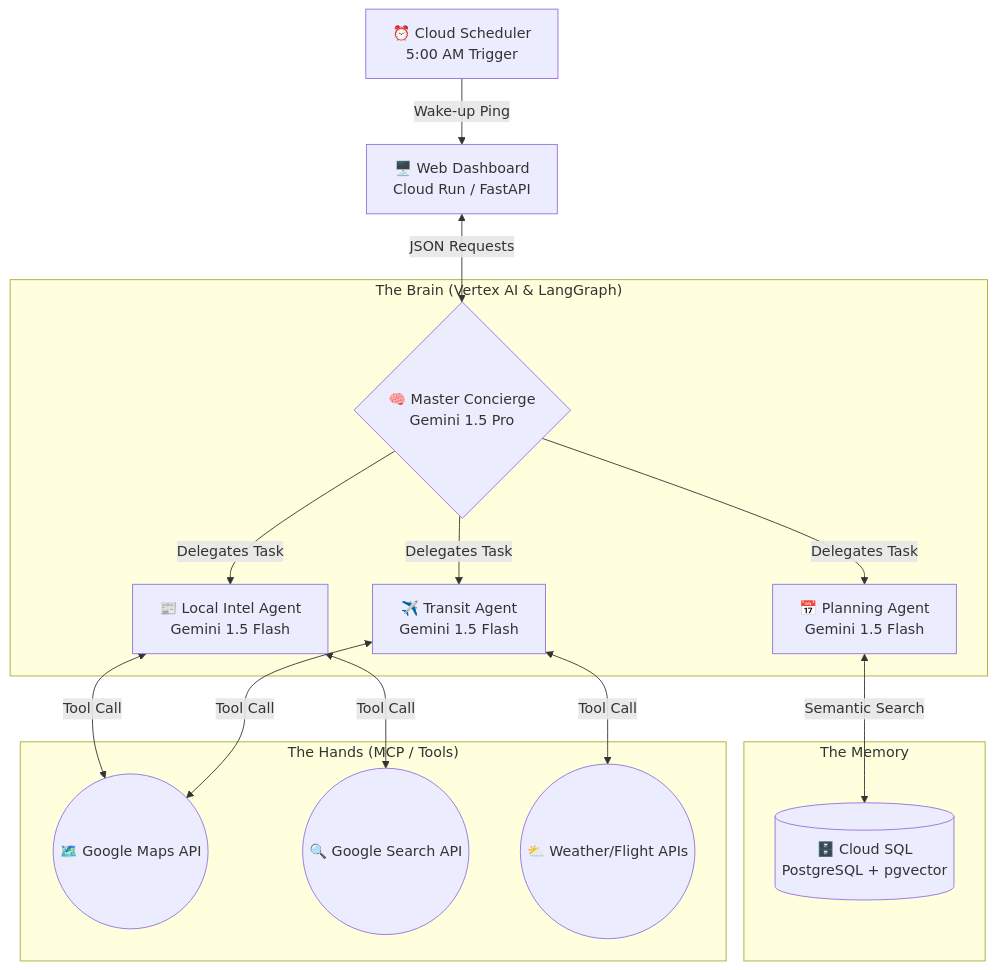
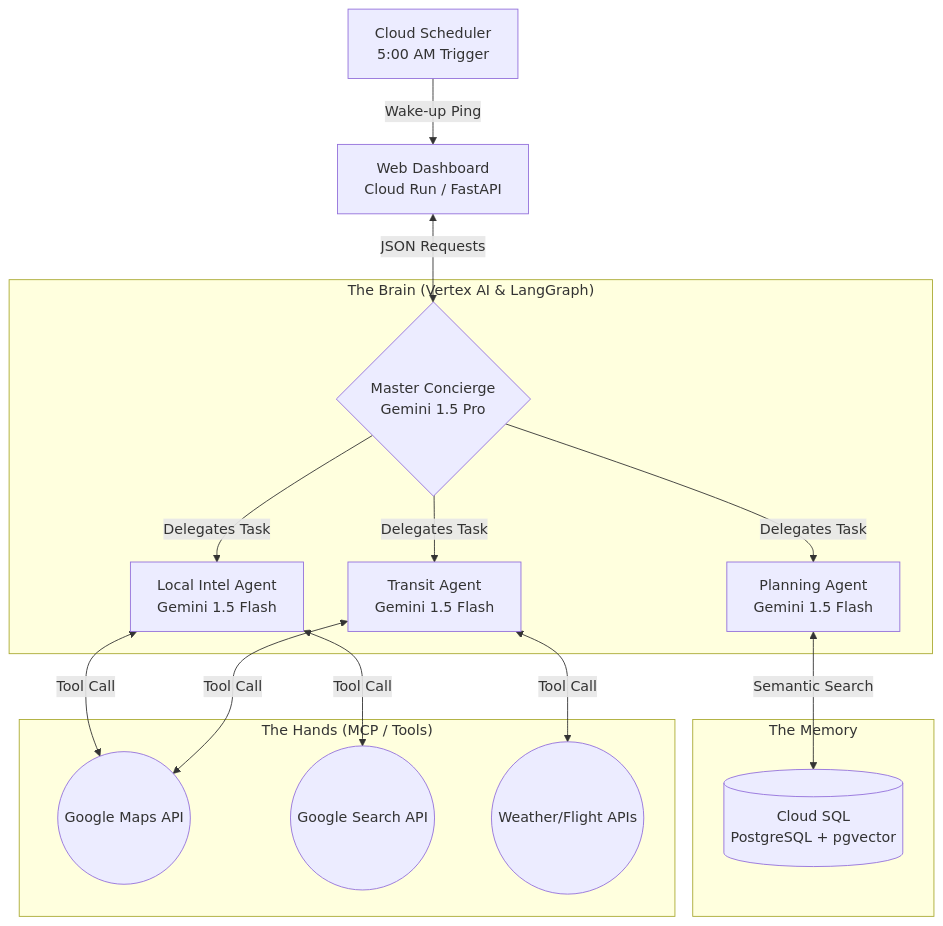
Before and after one commit to RahulSelvakumar/TravellerPie: the diagram in README.md, drawn with Mermaid. The commit also changed other lines of this file, not shown here.

Commit message:
Refactor README.md for improved readability
Updated formatting and structure of the README.md for clarity.

````diff
--- a/README.md
+++ b/README.md
@@ -16,39 +16,39 @@
 ```mermaid
 graph TD
     %% Define Nodes
-    UI[🖥️ Web Dashboard <br/> Cloud Run / FastAPI]
-    Cron[⏰ Cloud Scheduler <br/> 5:00 AM Trigger]
+    UI[Web Dashboard <br/> Cloud Run / FastAPI]
+    Cron[Cloud Scheduler <br/> 5:00 AM Trigger]
     
     subgraph "The Brain (Vertex AI & LangGraph)"
-        Orchestrator{🧠 Master Concierge <br/> Gemini 1.5 Pro}
-        Transit[✈️ Transit Agent <br/> Gemini 1.5 Flash]
-        Planning[📅 Planning Agent <br/> Gemini 1.5 Flash]
-        Intel[📰 Local Intel Agent <br/> Gemini 1.5 Flash]
+        Orchestrator{Master Concierge <br/> Gemini 1.5 Pro}
+        Transit[Transit Agent <br/> Gemini 1.5 Flash]
+        Planning[Planning Agent <br/> Gemini 1.5 Flash]
+        Intel[Local Intel Agent <br/> Gemini 1.5 Flash]
     end
 
     subgraph "The Memory"
-        DB[(🗄️ Cloud SQL <br/> PostgreSQL + pgvector)]
+        DB[(Cloud SQL <br/> PostgreSQL + pgvector)]
     end
 
     subgraph "The Hands (MCP / Tools)"
-        Maps((🗺️ Google Maps API))
-        Search((🔍 Google Search API))
-        Weather((⛅ Weather/Flight APIs))
+        Maps((Google Maps API))
+        Search((Google Search API))
+        Weather((Weather/Flight APIs))
     end
 
     %% Define Connections
     UI <-->|JSON Requests| Orchestrator
     Cron -->|Wake-up Ping| UI
 
     Orchestrator -->|Delegates Task| Transit
     Orchestrator -->|Delegates Task| Planning
     Orchestrator -->|Delegates Task| Intel
 
     Transit <-->|Tool Call| Maps
     Transit <-->|Tool Call| Weather
     
     Intel <-->|Tool Call| Search
     Intel <-->|Tool Call| Maps
 
     Planning <-->|Semantic Search| DB
 ```
````
